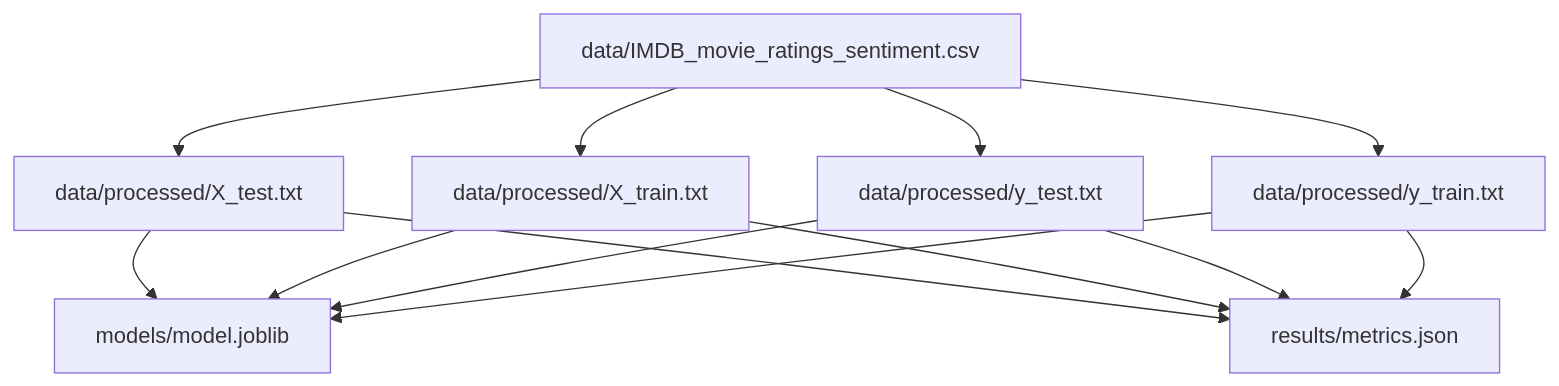
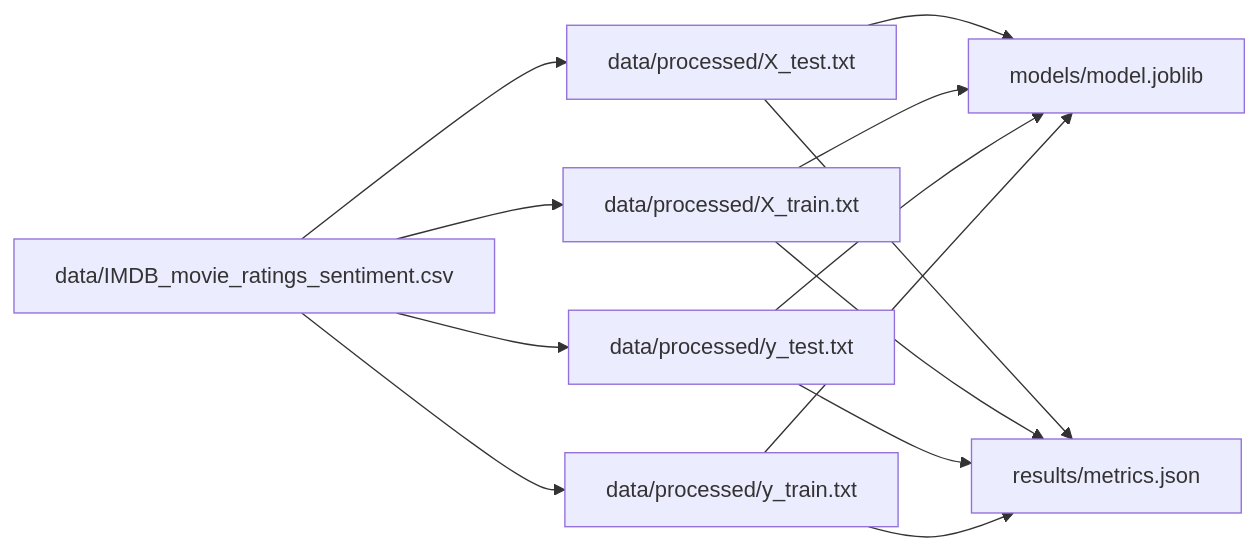
One commit to PacktPublishing/Open-Source-MLOps-with-DVC-and-CML changed the diagram in README.md. Above: the diagram before and after it, drawn with Mermaid. The commit also changed other lines of this file, not shown here.

````diff
--- a/README.md
+++ b/README.md
@@ -29,22 +29,22 @@
 ```mermaid
-flowchart TD
+flowchart LR
 	node1["data/IMDB_movie_ratings_sentiment.csv"]
 	node2["data/processed/X_test.txt"]
 	node3["data/processed/X_train.txt"]
 	node4["data/processed/y_test.txt"]
 	node5["data/processed/y_train.txt"]
 	node6["models/model.joblib"]
 	node7["results/metrics.json"]
 	node1-->node2
 	node1-->node3
 	node1-->node4
 	node1-->node5
 	node2-->node6
 	node2-->node7
 	node3-->node6
 	node3-->node7
 	node4-->node6
 	node4-->node7
 	node5-->node6
 	node5-->node7
 ```
````
